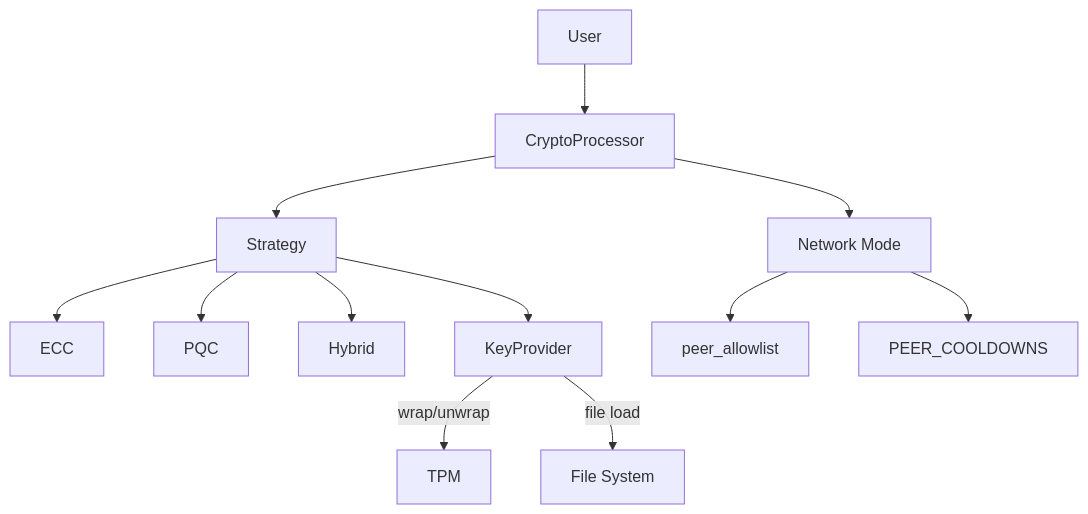
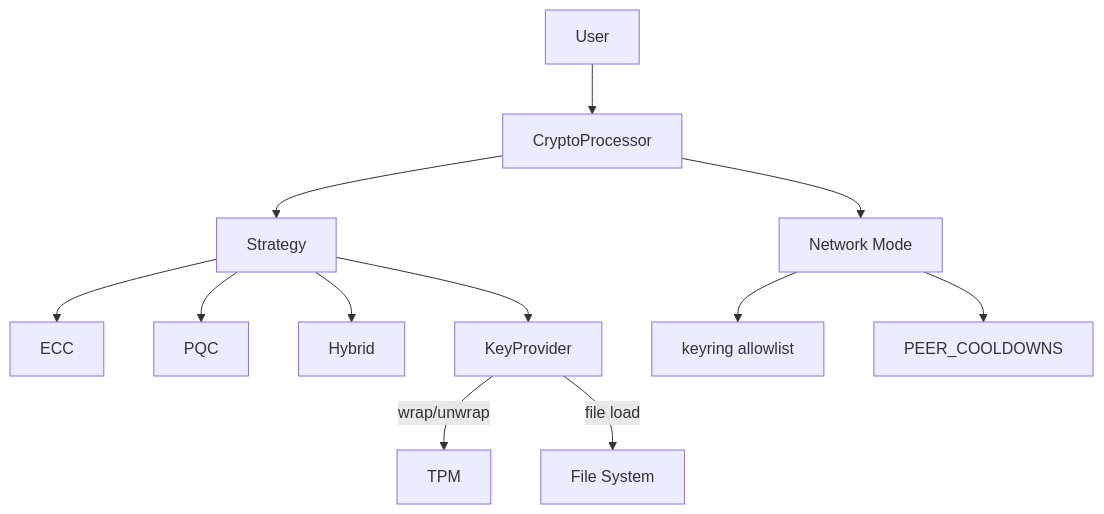
Before and after one commit to nkoriyama/nkCryptoTool-rust: the first of 11 diagrams in README.md, drawn with Mermaid. The commit also changed other lines of this file and 11 other files, not shown here.

First line of the commit message:
feat(keyring)!: remove --peer-allowlist — authorization is keyring-only (stage 3)

````diff
--- a/README.md
+++ b/README.md
@@ -316,17 +316,17 @@
 ```mermaid
 flowchart TD
     User --> CryptoProcessor
     CryptoProcessor --> Strategy
 
     Strategy --> ECC
     Strategy --> PQC
     Strategy --> Hybrid
 
     Strategy --> KeyProvider
     KeyProvider -->|wrap/unwrap| TPM
     KeyProvider -->|file load| FS[File System]
 
     CryptoProcessor --> Network[Network Mode]
-    Network --> Allowlist[peer_allowlist]
+    Network --> Allowlist[keyring allowlist]
     Network --> Cooldown[PEER_COOLDOWNS]
 ```
````
